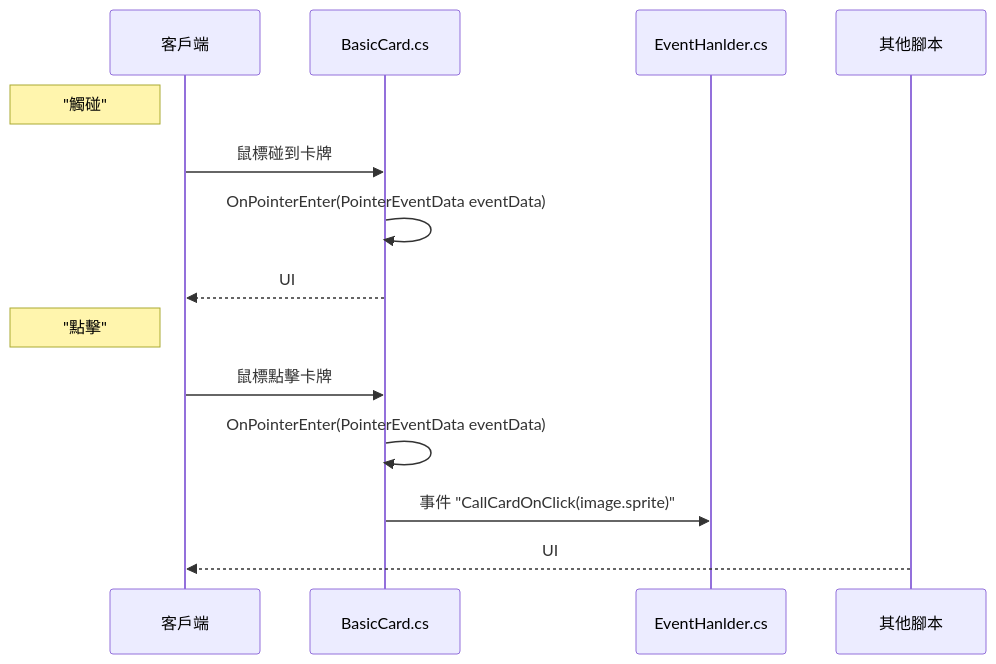
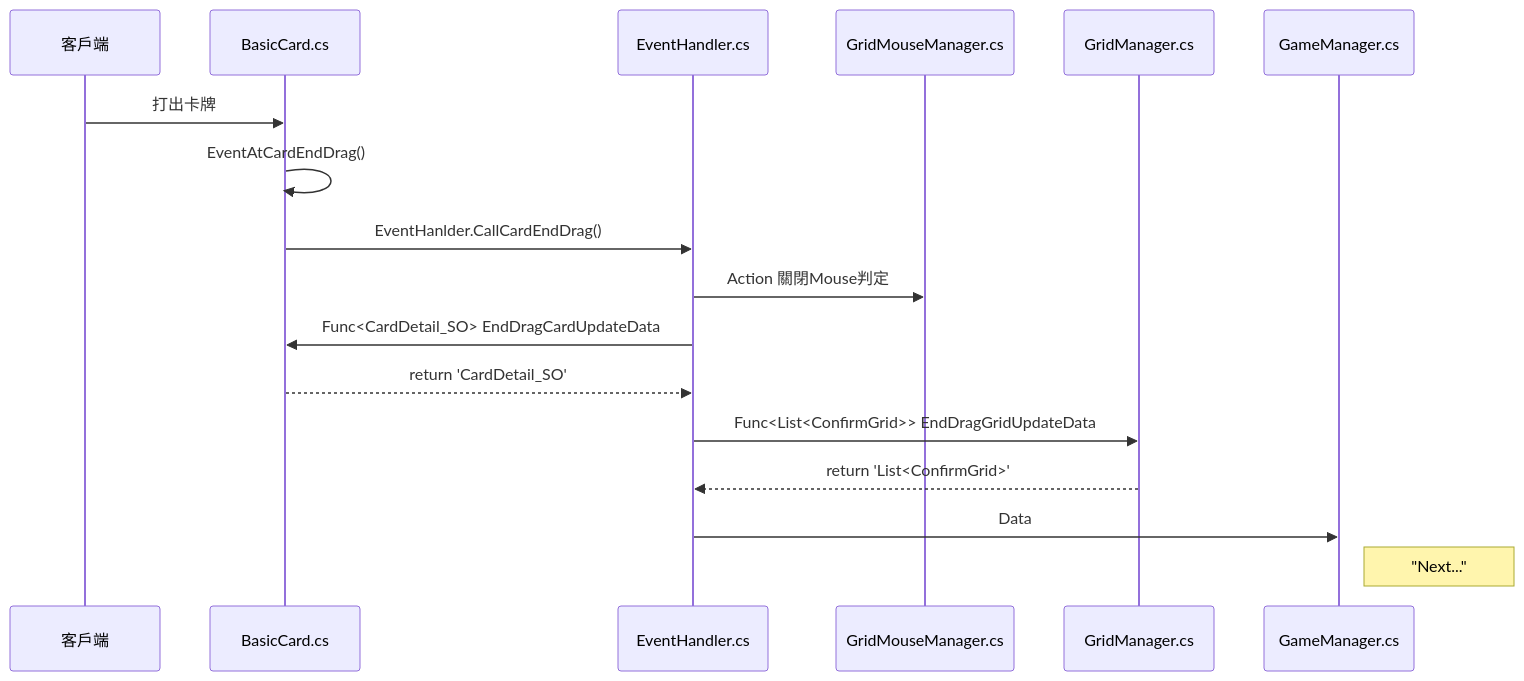
One commit to andongni0723/Markdown-Notes changed the diagram in Unity/Project 卡牌/Unity項目-卡牌系統出卡.md. Above: the diagram before and after it, drawn with Mermaid. The commit also changed other lines of this file, not shown here.

Commit message:
last changed at Jan 13, 2023 9:43 AM, pushed by andongni

````diff
--- a/Unity/Project 卡牌/Unity項目-卡牌系統出卡.md
+++ b/Unity/Project 卡牌/Unity項目-卡牌系統出卡.md
@@ -16,12 +10,15 @@
 ```mermaid
 sequenceDiagram
-    Note left of 客戶端: "觸碰"
-    客戶端->>BasicCard.cs: 鼠標碰到卡牌
-    BasicCard.cs->>BasicCard.cs: OnPointerEnter(PointerEventData eventData)
-    BasicCard.cs-->>客戶端: UI
-    Note left of 客戶端: "點擊"
-    客戶端->>BasicCard.cs: 鼠標點擊卡牌
-    BasicCard.cs->>BasicCard.cs: OnPointerEnter(PointerEventData eventData)
-    BasicCard.cs->>EventHanlder.cs: 事件 "CallCardOnClick(image.sprite)"
-    其他腳本-->>客戶端: UI
+    客戶端->>BasicCard.cs: 打出卡牌
+    BasicCard.cs->>BasicCard.cs:EventAtCardEndDrag()
+    BasicCard.cs->>EventHandler.cs: EventHanlder.CallCardEndDrag()
+    
+    EventHandler.cs->>GridMouseManager.cs: Action 關閉Mouse判定
+    EventHandler.cs->>BasicCard.cs: Func<CardDetail_SO> EndDragCardUpdateData
+    BasicCard.cs-->>EventHandler.cs: return 'CardDetail_SO'
+    EventHandler.cs->>GridManager.cs: Func<List<ConfirmGrid>> EndDragGridUpdateData
+    GridManager.cs-->>EventHandler.cs: return 'List<ConfirmGrid>'
+    EventHandler.cs->>GameManager.cs: Data
+    
+    Note right of GameManager.cs: "Next..."
 ```
````
